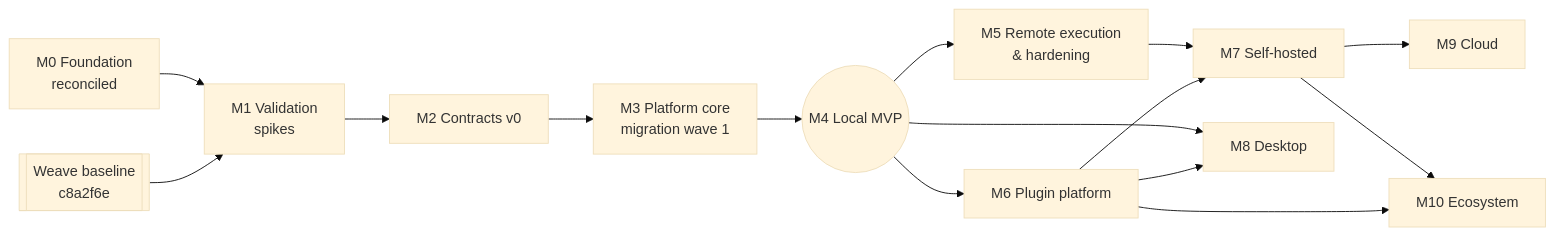
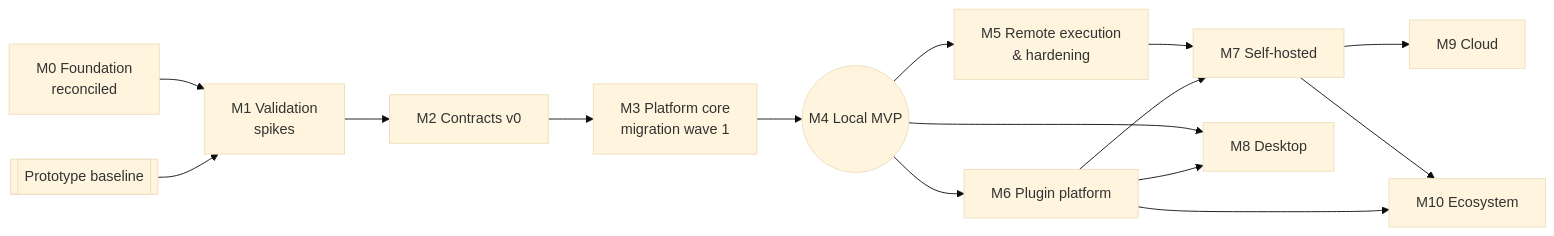
Before and after one commit to rluders/amaru: the diagram in docs/architecture/ROADMAP.md, drawn with Mermaid (base theme). The commit also changed other lines of this file and 62 other files, not shown here.

````diff
--- a/docs/architecture/ROADMAP.md
+++ b/docs/architecture/ROADMAP.md
@@ -17,17 +17,17 @@
 ```mermaid
 flowchart LR
     m0[M0 Foundation<br/>reconciled] --> m1[M1 Validation<br/>spikes]
-    wv[[Weave baseline<br/>c8a2f6e]] --> m1
+    wv[[Prototype baseline]] --> m1
     m1 --> m2[M2 Contracts v0]
     m2 --> m3[M3 Platform core<br/>migration wave 1]
     m3 --> m4((M4 Local MVP))
     m4 --> m5[M5 Remote execution<br/>& hardening]
     m4 --> m6[M6 Plugin platform]
     m5 --> m7[M7 Self-hosted]
     m6 --> m7
     m4 --> m8[M8 Desktop]
     m6 --> m8
     m7 --> m9[M9 Cloud]
     m7 --> m10[M10 Ecosystem]
     m6 --> m10
 ```
````
